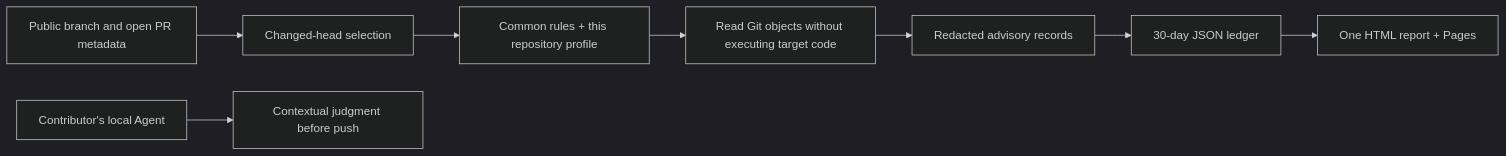
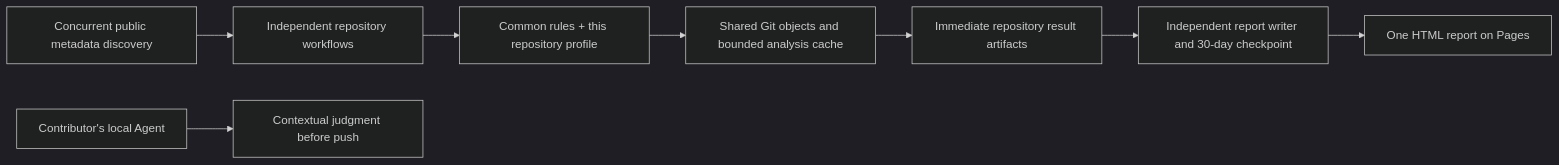
The diagram in docs/architecture.md (Unka-Malloc/General-Auditor), drawn with Mermaid (dark theme) before and after one commit. The commit also changed other lines of this file and 84 other files, not shown here.

First line of the commit message:
Consolidate audit coverage and publish independent repository reports

````diff
--- a/docs/architecture.md
+++ b/docs/architecture.md
@@ -7,10 +7,10 @@
 ```mermaid
 flowchart LR
-  A[Public branch and open PR metadata] --> B[Changed-head selection]
+  A[Concurrent public metadata discovery] --> B[Independent repository workflows]
   B --> C[Common rules + this repository profile]
-  C --> D[Read Git objects without executing target code]
-  D --> E[Redacted advisory records]
-  E --> F[30-day JSON ledger]
-  F --> G[One HTML report + Pages]
+  C --> D[Shared Git objects and bounded analysis cache]
+  D --> E[Immediate repository result artifacts]
+  E --> F[Independent report writer and 30-day checkpoint]
+  F --> G[One HTML report on Pages]
   H[Contributor's local Agent] --> I[Contextual judgment before push]
 ```
````
